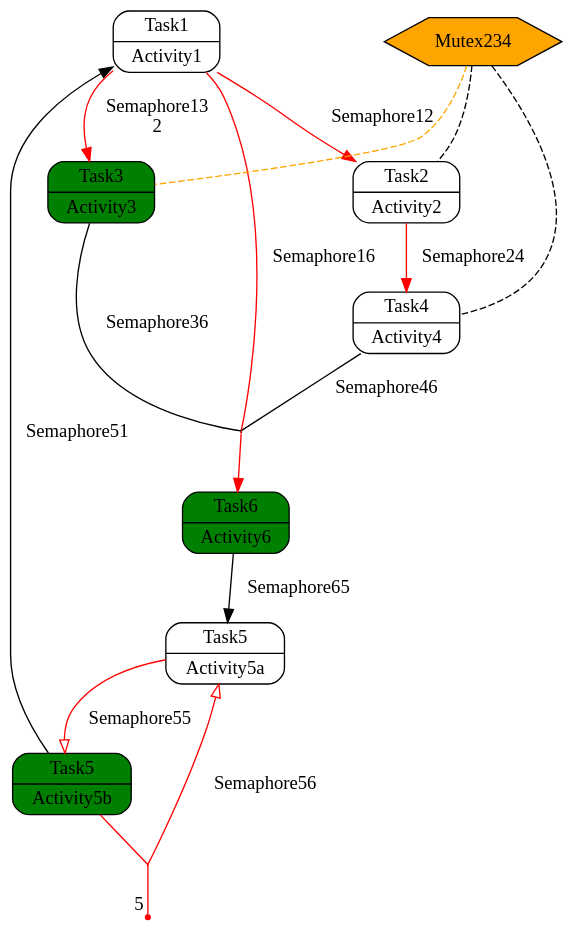
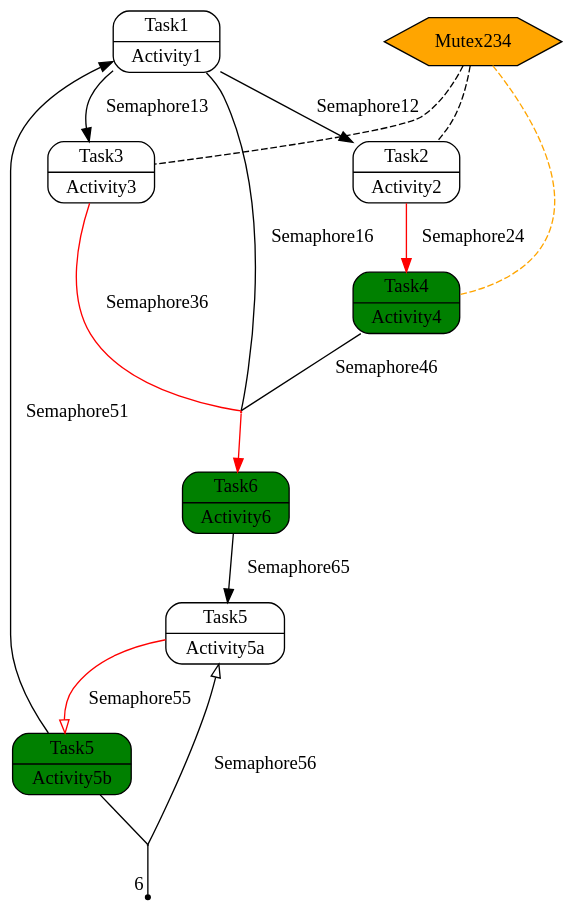
One commit to AdrianW424/Echtzeitsysteme_Projekt changed the diagram in src/Digraph.gv. Above: the diagram before and after it, drawn with Graphviz. The commit also changed 3 other files, not shown here.

```diff
--- a/src/Digraph.gv
+++ b/src/Digraph.gv
@@ -1,34 +1,33 @@
 // Flowchart
 digraph {
 	graph [bgcolor=transparent]
 	size="10,10"
-	Activity1 [label="{Task1|Activity1}" color=black fillcolor=transparent fontcolor=black shape=record style="rounded,filled"]
-	Activity2 [label="{Task2|Activity2}" color=black fillcolor=transparent fontcolor=black shape=record style="rounded,filled"]
-	Activity3 [label="{Task3|Activity3}" color=black fillcolor=green fontcolor=black shape=record style="rounded,filled"]
-	Activity4 [label="{Task4|Activity4}" color=black fillcolor=transparent fontcolor=black shape=record style="rounded,filled"]
-	Activity5 [label="{Task5|Activity5a}" color=black fillcolor=transparent fontcolor=black shape=record style="rounded,filled"]
-	Activity7 [label="{Task5|Activity5b}" color=black fillcolor=green fontcolor=black shape=record style="rounded,filled"]
-	Activity6 [label="{Task6|Activity6}" color=black fillcolor=green fontcolor=black shape=record style="rounded,filled"]
+	Activitya1 [label="{Task1|Activity1}" color=black fillcolor=transparent fontcolor=black shape=record style="rounded,filled"]
+	Activitya2 [label="{Task2|Activity2}" color=black fillcolor=transparent fontcolor=black shape=record style="rounded,filled"]
+	Activitya3 [label="{Task3|Activity3}" color=black fillcolor=transparent fontcolor=black shape=record style="rounded,filled"]
+	Activitya4 [label="{Task4|Activity4}" color=black fillcolor=green fontcolor=black shape=record style="rounded,filled"]
+	Activitya5 [label="{Task5|Activity5a}" color=black fillcolor=transparent fontcolor=black shape=record style="rounded,filled"]
+	Activitya7 [label="{Task5|Activity5b}" color=black fillcolor=green fontcolor=black shape=record style="rounded,filled"]
+	Activitya6 [label="{Task6|Activity6}" color=black fillcolor=green fontcolor=black shape=record style="rounded,filled"]
 	Mutex234 [label=Mutex234 color=black fillcolor=orange fontcolor=black shape=polygon sides=6 style=filled]
-	Mutex234 -> Activity2 [arrowhead=none color=black splines=polyline style=dashed]
-	Mutex234 -> Activity3 [arrowhead=none color=orange splines=polyline style=dashed]
-	Mutex234 -> Activity4 [arrowhead=none color=black splines=polyline style=dashed]
-	Activity1 -> Activity2 [label=Semaphore12 color=red fontcolor=black splines=polyline]
-	Activity1 -> Activity3 [label="Semaphore13
-2" color=red fontcolor=black splines=polyline]
+	Mutex234 -> Activitya2 [arrowhead=none color=black splines=polyline style=dashed]
+	Mutex234 -> Activitya3 [arrowhead=none color=black splines=polyline style=dashed]
+	Mutex234 -> Activitya4 [arrowhead=none color=orange splines=polyline style=dashed]
+	Activitya1 -> Activitya2 [label=Semaphore12 color=black fontcolor=black splines=polyline]
+	Activitya1 -> Activitya3 [label=Semaphore13 color=black fontcolor=black splines=polyline]
+	Dummy0 [color=black height=0.01 shape=point width=0.01]
+	Activitya1 -> Dummy0 [label=Semaphore16 arrowhead=none color=black fontcolor=black splines=polyline]
+	Activitya3 -> Dummy0 [label=Semaphore36 arrowhead=none color=red fontcolor=black splines=polyline]
+	Activitya4 -> Dummy0 [label=Semaphore46 arrowhead=none color=black fontcolor=black splines=polyline]
 	Dummy0 [color=red height=0.01 shape=point width=0.01]
-	Activity1 -> Dummy0 [label=Semaphore16 arrowhead=none color=red fontcolor=black splines=polyline]
-	Activity3 -> Dummy0 [label=Semaphore36 arrowhead=none color=black fontcolor=black splines=polyline]
-	Activity4 -> Dummy0 [label=Semaphore46 arrowhead=none color=black fontcolor=black splines=polyline]
-	Dummy0 [color=red height=0.01 shape=point width=0.01]
-	Dummy0 -> Activity6 [arrowhead=normal color=red splines=polyline]
-	Activity2 -> Activity4 [label=Semaphore24 color=red fontcolor=black splines=polyline]
-	Activity5 -> Activity7 [label=Semaphore55 arrowhead=onormal color=red fontcolor=black splines=polyline]
-	Activity7 -> Activity1 [label=Semaphore51 color=black fontcolor=black splines=polyline]
-	Dummy1 [color=red height=0.01 shape=point width=0.01]
-	Activity7 -> Dummy1 [arrowhead=none color=red splines=polyline]
-	Dummy1 -> Activity5 [label=Semaphore56 arrowhead=onormal color=red fontcolor=black splines=polyline]
-	Dummy2 [color=red fontcolor=black shape=point xlabel=5]
-	Dummy1 -> Dummy2 [arrowhead=none color=red splines=polyline]
-	Activity6 -> Activity5 [label=Semaphore65 color=black fontcolor=black splines=polyline]
+	Dummy0 -> Activitya6 [arrowhead=normal color=red splines=polyline]
+	Activitya2 -> Activitya4 [label=Semaphore24 color=red fontcolor=black splines=polyline]
+	Activitya5 -> Activitya7 [label=Semaphore55 arrowhead=onormal color=red fontcolor=black splines=polyline]
+	Activitya7 -> Activitya1 [label=Semaphore51 color=black fontcolor=black splines=polyline]
+	Dummy1 [color=black height=0.01 shape=point width=0.01]
+	Activitya7 -> Dummy1 [arrowhead=none color=black splines=polyline]
+	Dummy1 -> Activitya5 [label=Semaphore56 arrowhead=onormal color=black fontcolor=black splines=polyline]
+	Dummy2 [color=black fontcolor=black shape=point xlabel=6]
+	Dummy1 -> Dummy2 [arrowhead=none color=black splines=polyline]
+	Activitya6 -> Activitya5 [label=Semaphore65 color=black fontcolor=black splines=polyline]
 }
```
